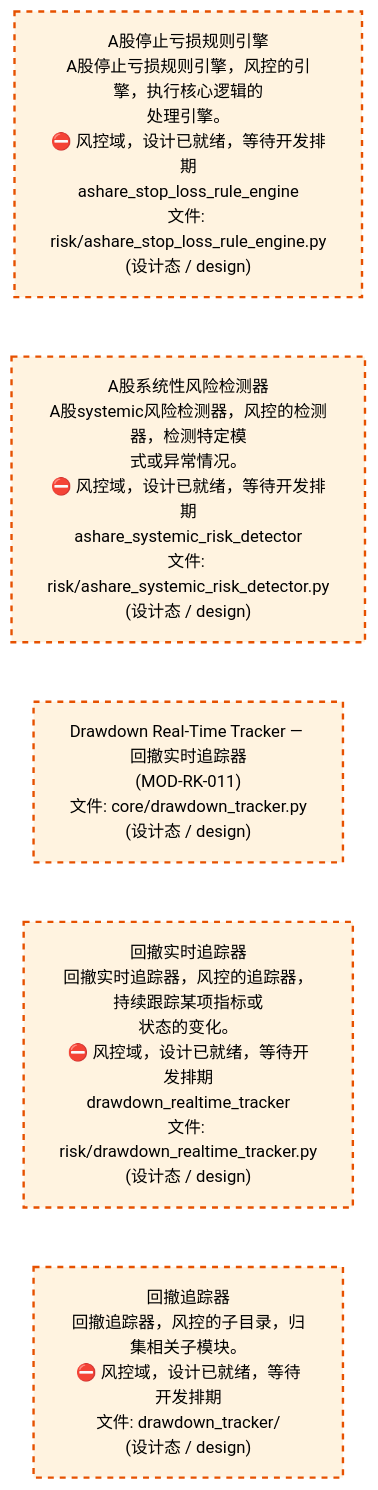
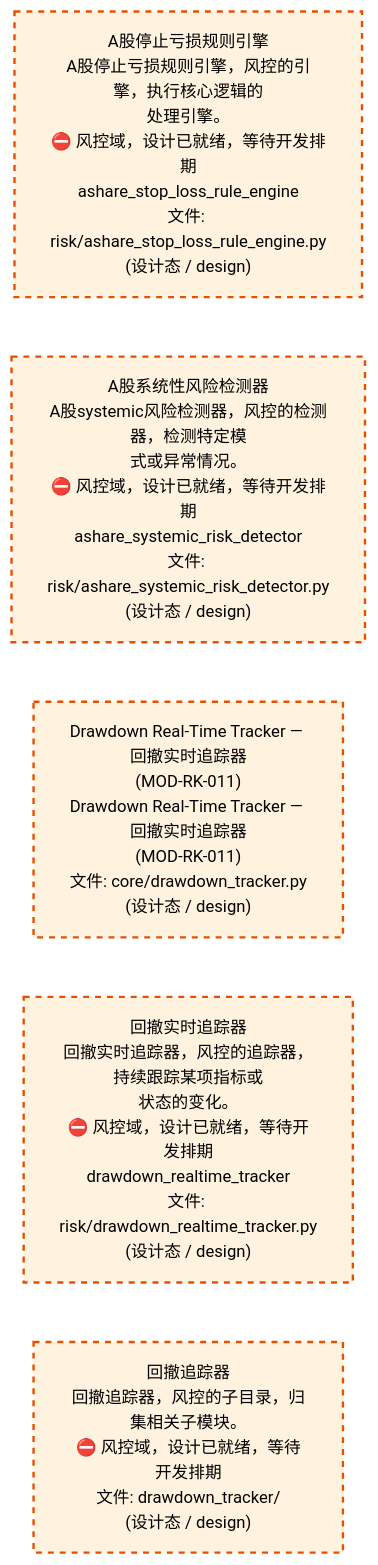
One commit to xuanFelixVan/ZephyrAlpha changed the third of 4 diagrams in docs/02_enterprise_architecture/02_domain_architecture_docs/65_d_risk.md. Above: the diagram before and after it, drawn with Mermaid. The commit also changed other lines of this file and 12 other files, not shown here.

````diff
--- a/docs/02_enterprise_architecture/02_domain_architecture_docs/65_d_risk.md
+++ b/docs/02_enterprise_architecture/02_domain_architecture_docs/65_d_risk.md
@@ -183,18 +183,18 @@
 ```mermaid
 %%{init: {'theme': 'base', 'themeVariables': {'primaryColor': '#eaeaea', 'primaryTextColor': '#333333', 'primaryBorderColor': '#666666', 'lineColor': '#666666', 'secondaryColor': '#eaeaea', 'tertiaryColor': '#eaeaea', 'fontSize': '14px'}}}%%
 flowchart TD
     src_zephyr_risk_ashare_stop_loss_rule_engine_py["A股停止亏损规则引擎<br/>A股停止亏损规则引擎，风控的引擎，执行核心逻辑的<br/>处理引擎。<br/>⛔ 风控域，设计已就绪，等待开发排期<br/>ashare_stop_loss_rule_engine<br/>文件: risk/ashare_stop_loss_rule_engine.py<br/>(设计态 / design)"]
     src_zephyr_risk_ashare_systemic_risk_detector_py["A股系统性风险检测器<br/>A股systemic风险检测器，风控的检测器，检测特定模<br/>式或异常情况。<br/>⛔ 风控域，设计已就绪，等待开发排期<br/>ashare_systemic_risk_detector<br/>文件: risk/ashare_systemic_risk_detector.py<br/>(设计态 / design)"]
-    src_zephyr_risk_core_drawdown_tracker_py["Drawdown Real-Time Tracker — 回撤实时追踪器<br/>(MOD-RK-011)<br/>文件: core/drawdown_tracker.py<br/>(设计态 / design)"]
+    src_zephyr_risk_core_drawdown_tracker_py["Drawdown Real-Time Tracker — 回撤实时追踪器<br/>(MOD-RK-011)<br/>Drawdown Real-Time Tracker — 回撤实时追踪器<br/>(MOD-RK-011)<br/>文件: core/drawdown_tracker.py<br/>(设计态 / design)"]
     src_zephyr_risk_drawdown_realtime_tracker_py["回撤实时追踪器<br/>回撤实时追踪器，风控的追踪器，持续跟踪某项指标或<br/>状态的变化。<br/>⛔ 风控域，设计已就绪，等待开发排期<br/>drawdown_realtime_tracker<br/>文件: risk/drawdown_realtime_tracker.py<br/>(设计态 / design)"]
     src_zephyr_risk_drawdown_tracker["回撤追踪器<br/>回撤追踪器，风控的子目录，归集相关子模块。<br/>⛔ 风控域，设计已就绪，等待开发排期<br/>文件: drawdown_tracker/<br/>(设计态 / design)"]
     src_zephyr_risk_ashare_stop_loss_rule_engine_py ~~~ src_zephyr_risk_ashare_systemic_risk_detector_py
     src_zephyr_risk_ashare_systemic_risk_detector_py ~~~ src_zephyr_risk_core_drawdown_tracker_py
     src_zephyr_risk_core_drawdown_tracker_py ~~~ src_zephyr_risk_drawdown_realtime_tracker_py
     src_zephyr_risk_drawdown_realtime_tracker_py ~~~ src_zephyr_risk_drawdown_tracker
     classDef production fill:#e1f5fe,stroke:#01579b,stroke-width:2px,color:#000
     classDef design fill:#fff3e0,stroke:#e65100,stroke-width:2px,color:#000,stroke-dasharray: 5 5
     classDef external_prod fill:#e8f4fd,stroke:#0277bd,stroke-width:1px,color:#000
     classDef external_design fill:#fff8e7,stroke:#ef6c00,stroke-width:1px,color:#000,stroke-dasharray: 5 5
     class src_zephyr_risk_ashare_stop_loss_rule_engine_py,src_zephyr_risk_ashare_systemic_risk_detector_py,src_zephyr_risk_core_drawdown_tracker_py,src_zephyr_risk_drawdown_realtime_tracker_py,src_zephyr_risk_drawdown_tracker design
 ```
````
